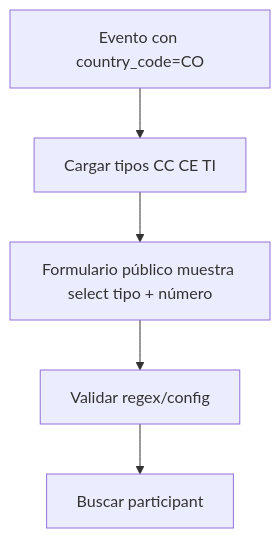
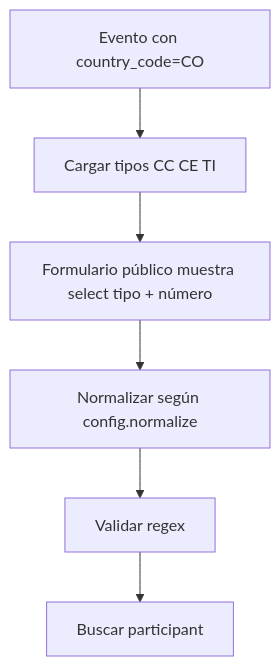
Before and after one commit to OSMLatam/certificados: the seventh of 9 diagrams in docs/04-flujos-funcionales.md, drawn with Mermaid. The commit also changed other lines of this file and 8 other files, not shown here.

````diff
--- a/docs/04-flujos-funcionales.md
+++ b/docs/04-flujos-funcionales.md
@@ -229,7 +229,8 @@
 ```mermaid
 flowchart TD
     A[Evento con country_code=CO] --> B[Cargar tipos CC CE TI]
     B --> C[Formulario público muestra select tipo + número]
-    C --> D[Validar regex/config]
-    D --> E[Buscar participant]
+    C --> D[Normalizar según config.normalize]
+    D --> E[Validar regex]
+    E --> F[Buscar participant]
 ```
````
